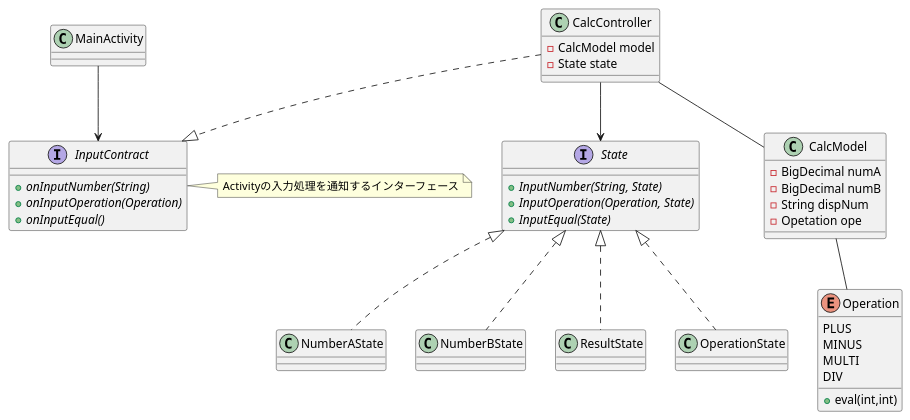
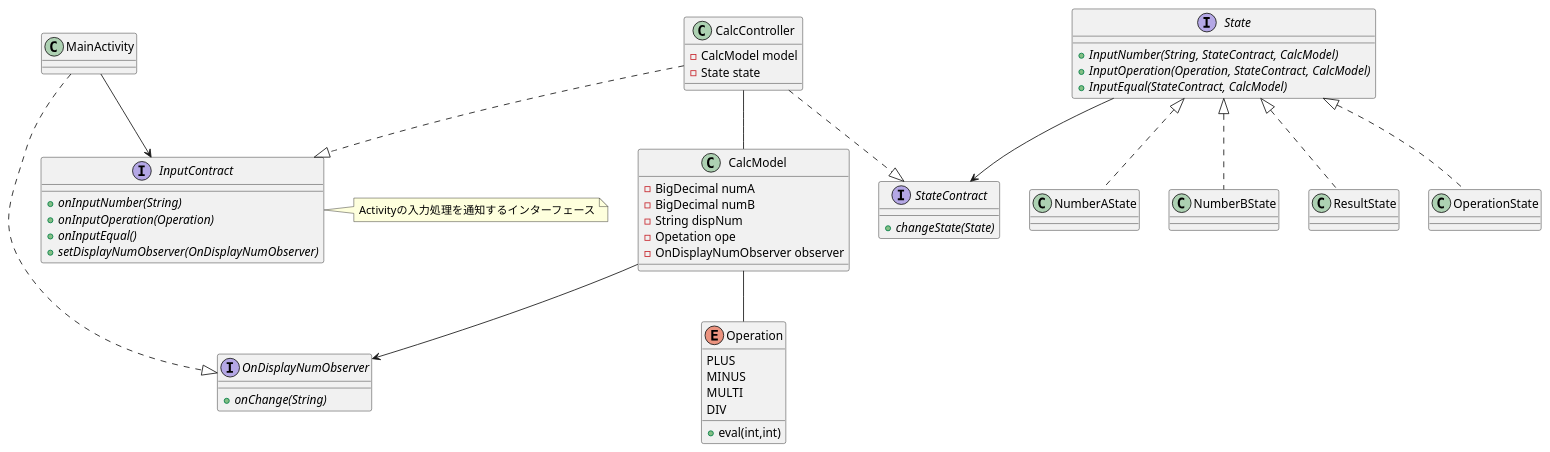
One commit to oddballs1111/SampleCalc changed the diagram in app/src/uml/CalcClass.puml. Above: the diagram before and after it, drawn with PlantUML. The commit also changed 17 other files, not shown here.

```diff
--- a/app/src/uml/CalcClass.puml
+++ b/app/src/uml/CalcClass.puml
@@ -1,67 +1,79 @@
 @startuml
 MainActivity --> InputContract
+MainActivity ..|> OnDisplayNumObserver
 CalcController ..|> InputContract
-CalcController --> State
+CalcController ..|> StateContract
 CalcController -- CalcModel
+State --> StateContract
+CalcModel --> OnDisplayNumObserver
 
 State <|.. NumberAState
 State <|.. NumberBState
 State <|.. ResultState
 State <|.. OperationState
 
 CalcModel -- Operation
 
 class MainActivity{
 }
 
 interface InputContract {
   +{abstract} onInputNumber(String)
   +{abstract} onInputOperation(Operation)
   +{abstract} onInputEqual()
+  +{abstract} setDisplayNumObserver(OnDisplayNumObserver)
 }
 
 class CalcController {
   -CalcModel model
   -State state
 }
 
 
 class CalcModel {
   -BigDecimal numA
   -BigDecimal numB
   -String dispNum
   - Opetation ope
+  - OnDisplayNumObserver observer
+}
+
+interface OnDisplayNumObserver{
+  + {abstract} onChange(String)
+}
+interface StateContract {
+  + {abstract} changeState(State)
 }
 
 interface State {
-  + {abstract} InputNumber(String, State)
-  + {abstract} InputOperation(Operation, State)
-  + {abstract} InputEqual(State)
+  + {abstract} InputNumber(String, StateContract, CalcModel)
+  + {abstract} InputOperation(Operation, StateContract, CalcModel)
+  + {abstract} InputEqual(StateContract, CalcModel)
 }
 
 class NumberAState {
 }
 
 class OperationState {
 }
 
 class NumberBState {
 }
 
 class ResultState {
 }
 
 enum Operation{
   PLUS
   MINUS
   MULTI
   DIV
 
   +eval(int,int)
 }
 
 
 note right of InputContract
   Activityの入力処理を通知するインターフェース
 end note
 @enduml
```
